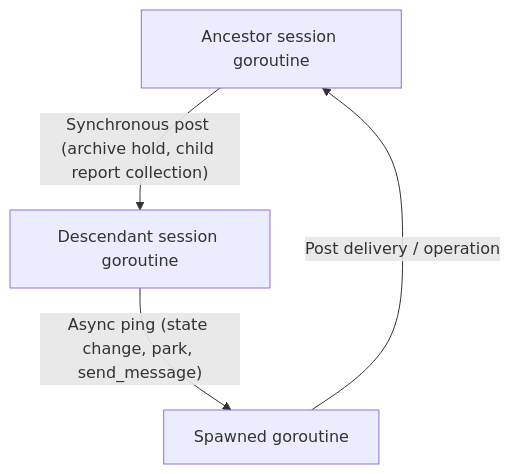
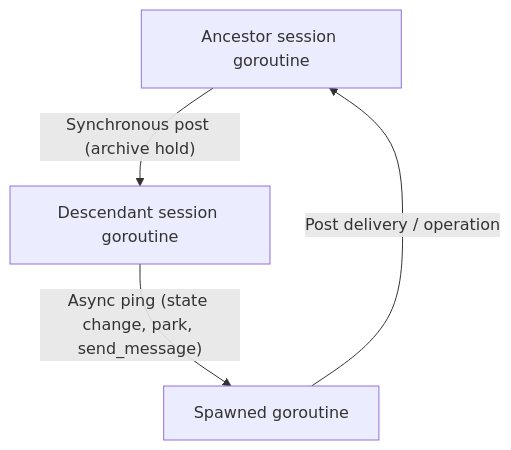
The third of 6 diagrams in docs/architecture.md (kkestell/ox), drawn with Mermaid before and after one commit. The commit also changed other lines of this file and 4 other files, not shown here.

````diff
--- a/docs/architecture.md
+++ b/docs/architecture.md
@@ -104,10 +104,10 @@
 ```mermaid
 flowchart TD
   ancestor["Ancestor session goroutine"]
   descendant["Descendant session goroutine"]
   helper["Spawned goroutine"]
 
-  ancestor -- "Synchronous post (archive hold, child report collection)" --> descendant
+  ancestor -- "Synchronous post (archive hold)" --> descendant
   descendant -- "Async ping (state change, park, send_message)" --> helper
   helper -- "Post delivery / operation" --> ancestor
 ```
````
